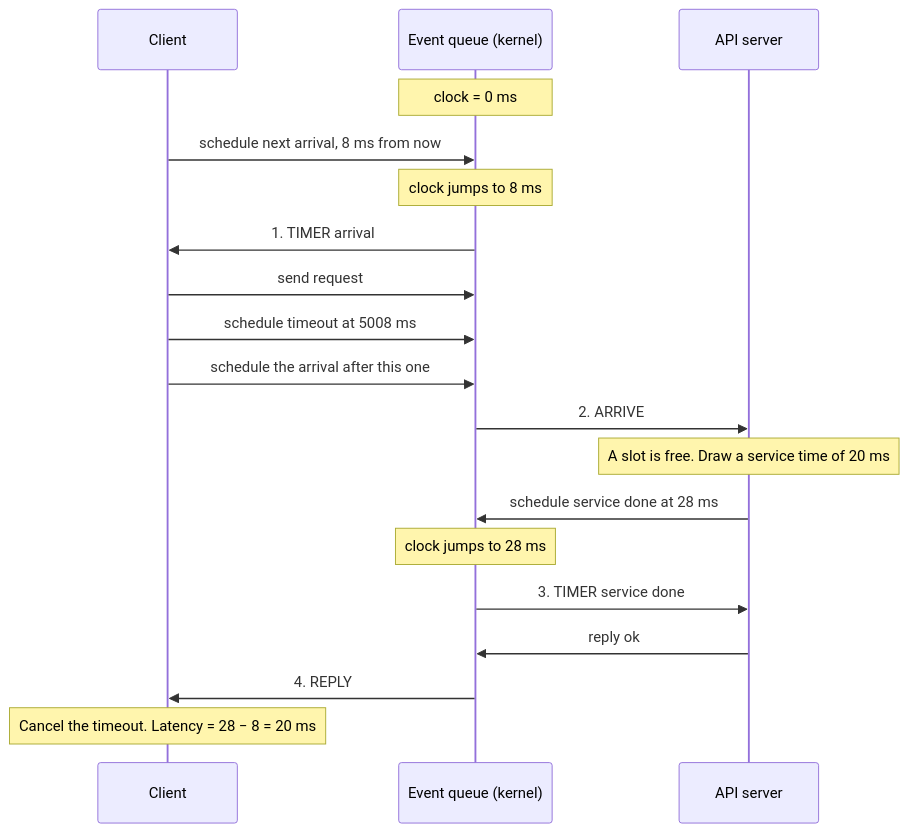
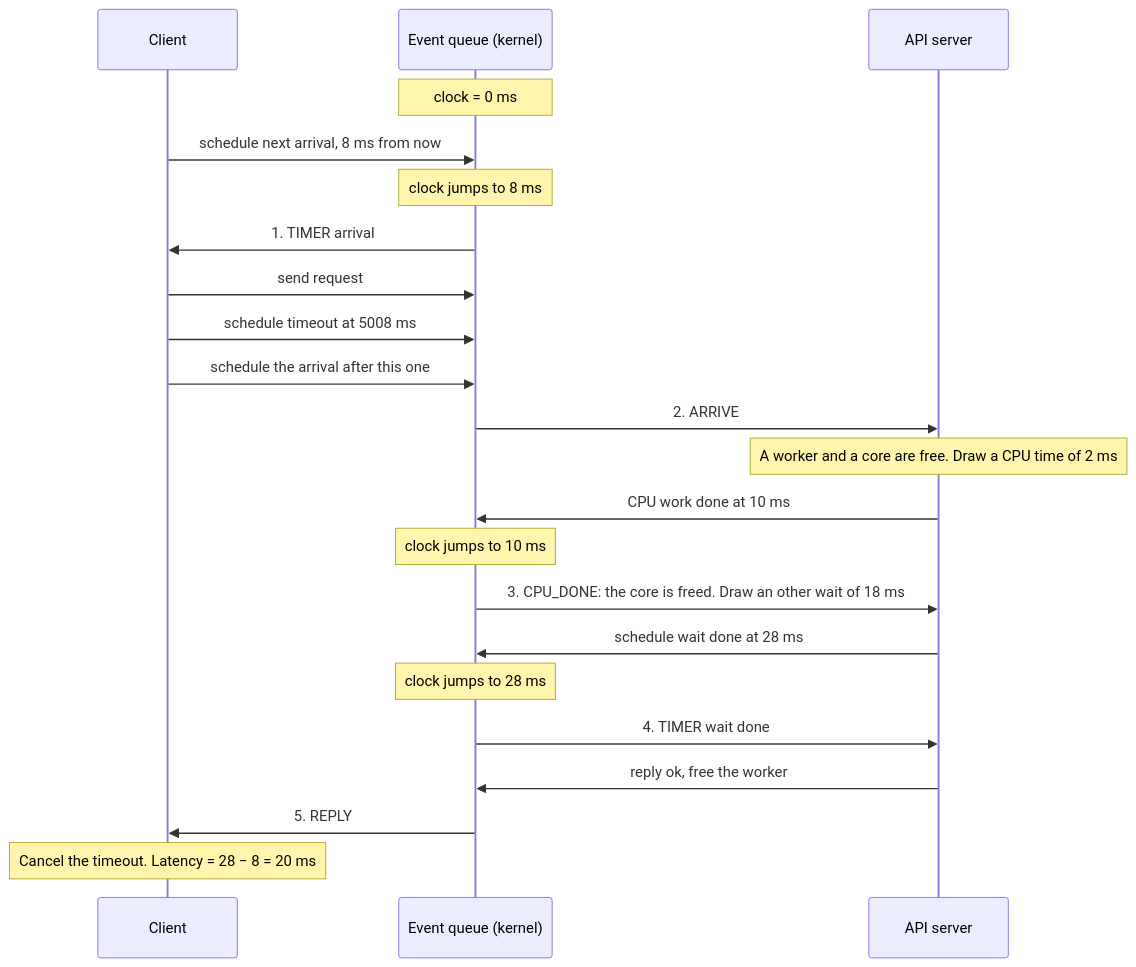
Before and after one commit to ThegeekyAbhi/rectangles: the third of 6 diagrams in simulation-algorithm.md, drawn with Mermaid. The commit also changed other lines of this file and 78 other files, not shown here.

````diff
--- a/simulation-algorithm.md
+++ b/simulation-algorithm.md
@@ -123,21 +125,24 @@
 ```mermaid
 sequenceDiagram
   participant C as Client
   participant Q as Event queue (kernel)
   participant A as API server
   Note over Q: clock = 0 ms
   C->>Q: schedule next arrival, 8 ms from now
   Note over Q: clock jumps to 8 ms
   Q->>C: 1. TIMER arrival
   C->>Q: send request
   C->>Q: schedule timeout at 5008 ms
   C->>Q: schedule the arrival after this one
   Q->>A: 2. ARRIVE
-  Note over A: A slot is free. Draw a service time of 20 ms
-  A->>Q: schedule service done at 28 ms
+  Note over A: A worker and a core are free. Draw a CPU time of 2 ms
+  A->>Q: CPU work done at 10 ms
+  Note over Q: clock jumps to 10 ms
+  Q->>A: 3. CPU_DONE: the core is freed. Draw an other wait of 18 ms
+  A->>Q: schedule wait done at 28 ms
   Note over Q: clock jumps to 28 ms
-  Q->>A: 3. TIMER service done
-  A->>Q: reply ok
-  Q->>C: 4. REPLY
+  Q->>A: 4. TIMER wait done
+  A->>Q: reply ok, free the worker
+  Q->>C: 5. REPLY
   Note over C: Cancel the timeout. Latency = 28 − 8 = 20 ms
 ```
````
